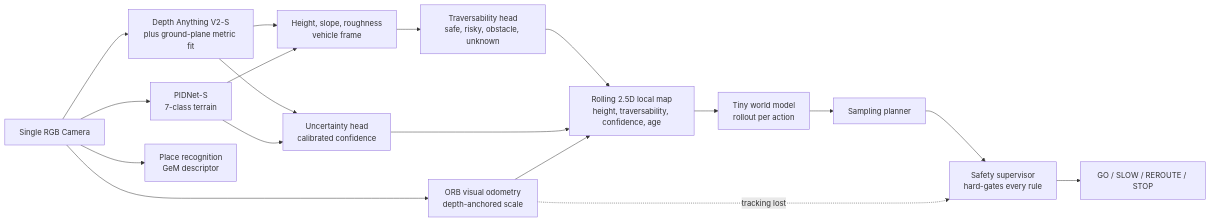
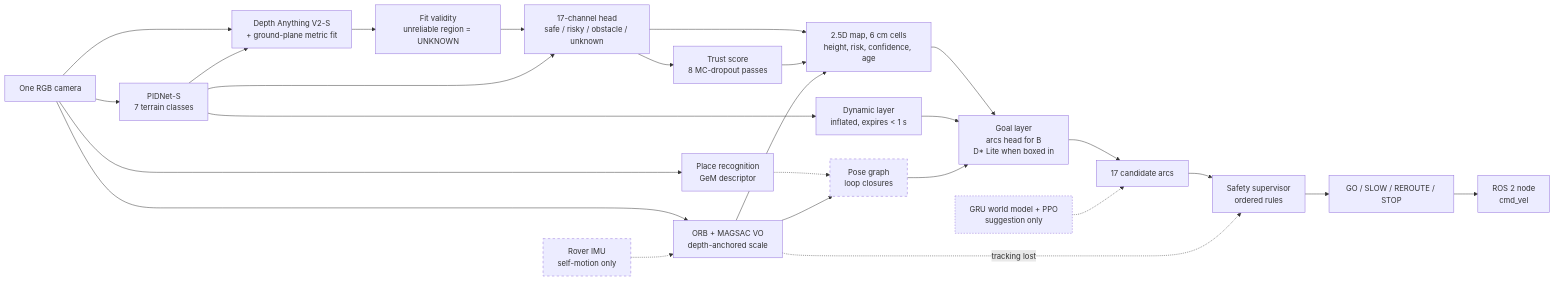
One commit to X-DIABLO-X/DRISHTI changed the diagram in README.md. Above: the diagram before and after it, drawn with Mermaid. The commit also changed other lines of this file and 44 other files, not shown here.

````diff
--- a/README.md
+++ b/README.md
@@ -173,20 +262,30 @@
 ```mermaid
 flowchart LR
-    CAM[Single RGB Camera] --> DEPTH[Depth Anything V2-S<br/>plus ground-plane metric fit]
-    CAM --> SEG[PIDNet-S<br/>7-class terrain]
-    DEPTH --> GEOM[Height, slope, roughness<br/>vehicle frame]
-    SEG --> GEOM
-    GEOM --> TRAV[Traversability head<br/>safe, risky, obstacle, unknown]
-    DEPTH --> UNC[Uncertainty head<br/>calibrated confidence]
-    SEG --> UNC
-    CAM --> VO[ORB visual odometry<br/>depth-anchored scale]
+    CAM[One RGB camera] --> SEG[PIDNet-S<br/>7 terrain classes]
+    CAM --> DEPTH[Depth Anything V2-S<br/>+ ground-plane metric fit]
+    SEG --> DEPTH
+    DEPTH --> VALID[Fit validity<br/>unreliable region = UNKNOWN]
+    VALID --> TRAV[17-channel head<br/>safe / risky / obstacle / unknown]
+    SEG --> TRAV
+    TRAV --> UNC[Trust score<br/>8 MC-dropout passes]
+    CAM --> VO[ORB + MAGSAC VO<br/>depth-anchored scale]
+    IMU[Rover IMU<br/>self-motion only]:::rover -.-> VO
     CAM --> VPR[Place recognition<br/>GeM descriptor]
-    TRAV --> BEV[Rolling 2.5D local map<br/>height, traversability, confidence, age]
+    VPR -.-> PG[Pose graph<br/>loop closures]:::rover
+    VO --> PG
+    TRAV --> BEV[2.5D map, 6 cm cells<br/>height, risk, confidence, age]
     UNC --> BEV
     VO --> BEV
-    BEV --> WM[Tiny world model<br/>rollout per action]
-    WM --> PLAN[Sampling planner]
-    PLAN --> SUP[Safety supervisor<br/>hard-gates every rule]
+    SEG --> DYN[Dynamic layer<br/>inflated, expires < 1 s]
+    BEV --> GOAL[Goal layer<br/>arcs head for B<br/>D* Lite when boxed in]
+    DYN --> GOAL
+    PG --> GOAL
+    GOAL --> ARCS[17 candidate arcs]
+    WM[GRU world model + PPO<br/>suggestion only]:::learned -.-> ARCS
+    ARCS --> SUP[Safety supervisor<br/>ordered rules]
+    VO -. tracking lost .-> SUP
     SUP --> DEC[GO / SLOW / REROUTE / STOP]
-    VO -. tracking lost .-> SUP
+    DEC --> ROS[ROS 2 node<br/>cmd_vel]
+    classDef rover stroke-dasharray: 5 5
+    classDef learned stroke-dasharray: 3 3
 ```
````
